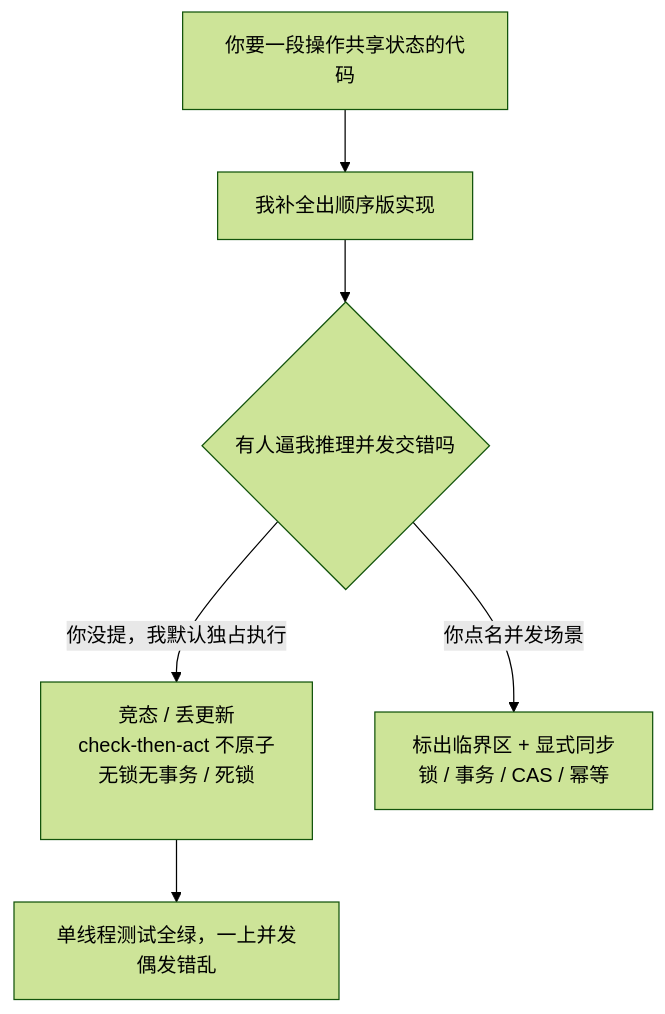
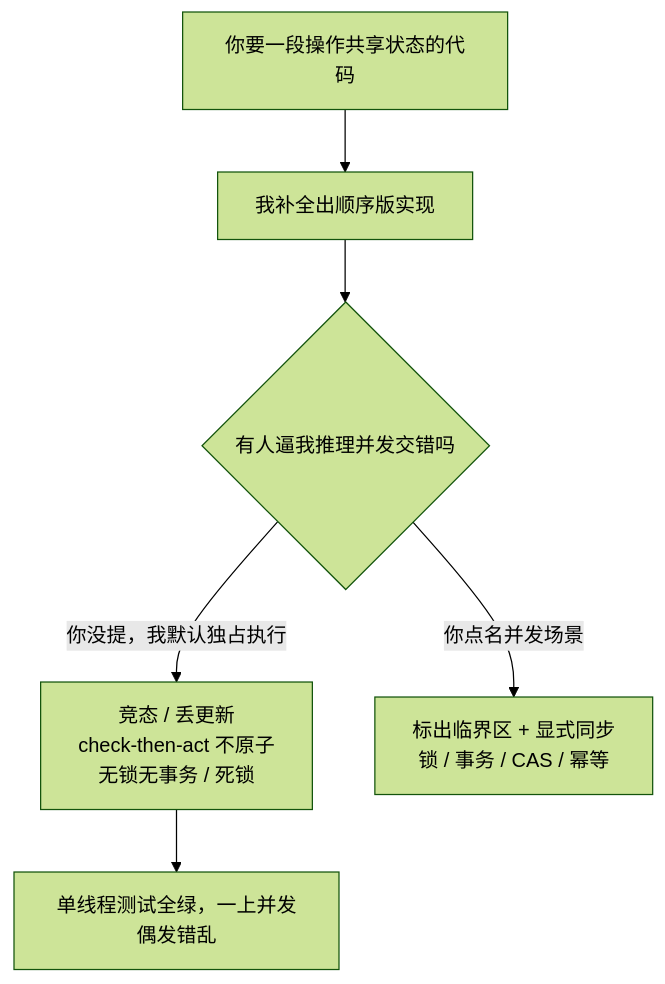
Before and after one commit to XuebinMa/AIWiki: the diagram in docs/04-detailed-design/concurrency-races.mdx, drawn with Mermaid (forest theme). The commit also changed 99 other files, not shown here.

First line of the commit message:
fix(mermaid): 全局根治节点文字裁切（htmlLabels:false + 清理 br/nbsp 占位）(#26)

````diff
--- a/docs/04-detailed-design/concurrency-races.mdx
+++ b/docs/04-detailed-design/concurrency-races.mdx
@@ -40,8 +40,8 @@
 ```mermaid
 flowchart TD
     A[你要一段操作共享状态的代码] --> B[我补全出顺序版实现]
     B --> C{有人逼我推理并发交错吗}
-    C -->|你没提，我默认独占执行| D["竞态 / 丢更新<br/>check-then-act 不原子<br/>无锁无事务 / 死锁<br/>&nbsp;"]
+    C -->|你没提，我默认独占执行| D["竞态 / 丢更新<br/>check-then-act 不原子<br/>无锁无事务 / 死锁"]
     C -->|你点名并发场景| E[标出临界区 + 显式同步<br/>锁 / 事务 / CAS / 幂等]
     D --> F[单线程测试全绿，一上并发偶发错乱]
 ```
````
